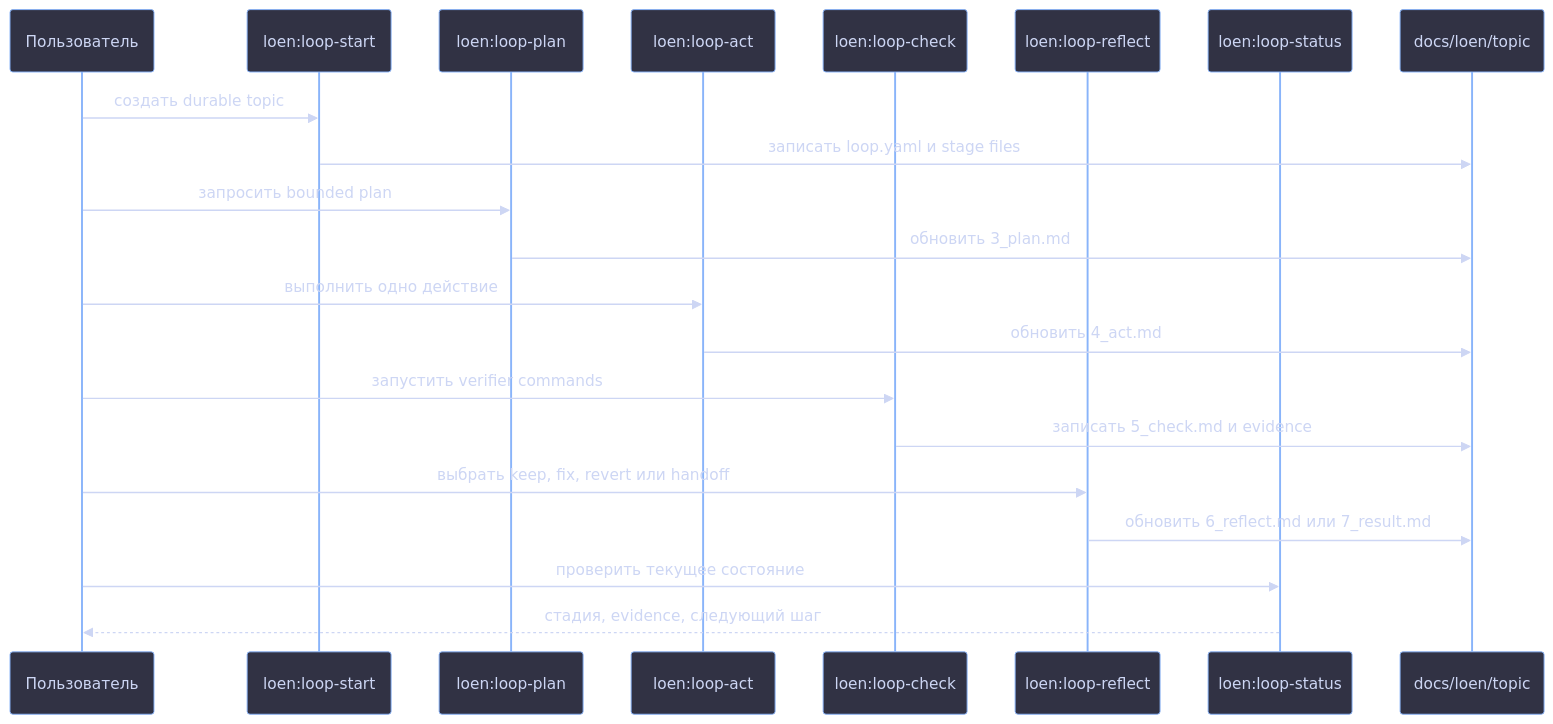
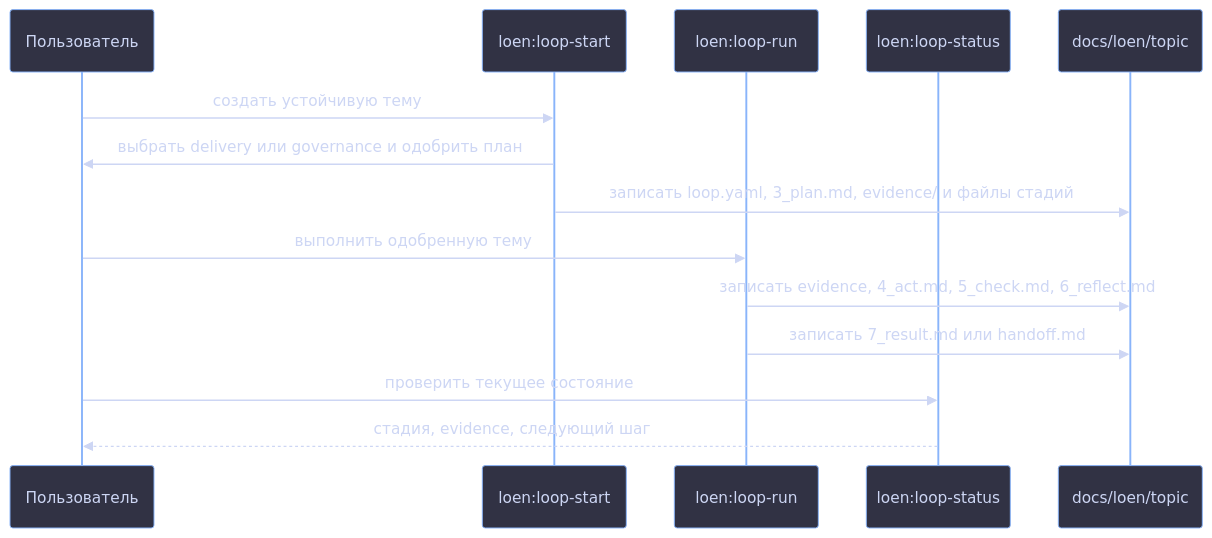
Before and after one commit to ikeniborn/icodex: the first of 2 diagrams in plugins/loen/README.ru.md, drawn with Mermaid. The commit also changed other lines of this file and 7 other files, not shown here.

````diff
--- a/plugins/loen/README.ru.md
+++ b/plugins/loen/README.ru.md
@@ -65,25 +76,18 @@
 ```mermaid
 %%{init: {'theme': 'base', 'themeVariables': {'background': '#1e1e2e', 'primaryColor': '#313244', 'primaryTextColor': '#cdd6f4', 'primaryBorderColor': '#89b4fa', 'lineColor': '#888888', 'secondaryColor': '#181825', 'tertiaryColor': '#45475a'}}}%%
 sequenceDiagram
     participant User as Пользователь
     participant Start as loen:loop-start
-    participant Plan as loen:loop-plan
-    participant Act as loen:loop-act
-    participant Check as loen:loop-check
-    participant Reflect as loen:loop-reflect
+    participant Run as loen:loop-run
     participant Status as loen:loop-status
     participant Files as docs/loen/topic
 
-    User->>Start: создать durable topic
-    Start->>Files: записать loop.yaml и stage files
-    User->>Plan: запросить bounded plan
-    Plan->>Files: обновить 3_plan.md
-    User->>Act: выполнить одно действие
-    Act->>Files: обновить 4_act.md
-    User->>Check: запустить verifier commands
-    Check->>Files: записать 5_check.md и evidence
-    User->>Reflect: выбрать keep, fix, revert или handoff
-    Reflect->>Files: обновить 6_reflect.md или 7_result.md
+    User->>Start: создать устойчивую тему
+    Start->>User: выбрать delivery или governance и одобрить план
+    Start->>Files: записать loop.yaml, 3_plan.md, evidence/ и файлы стадий
+    User->>Run: выполнить одобренную тему
+    Run->>Files: записать evidence, 4_act.md, 5_check.md, 6_reflect.md
+    Run->>Files: записать 7_result.md или handoff.md
     User->>Status: проверить текущее состояние
     Status-->>User: стадия, evidence, следующий шаг
 ```
````
